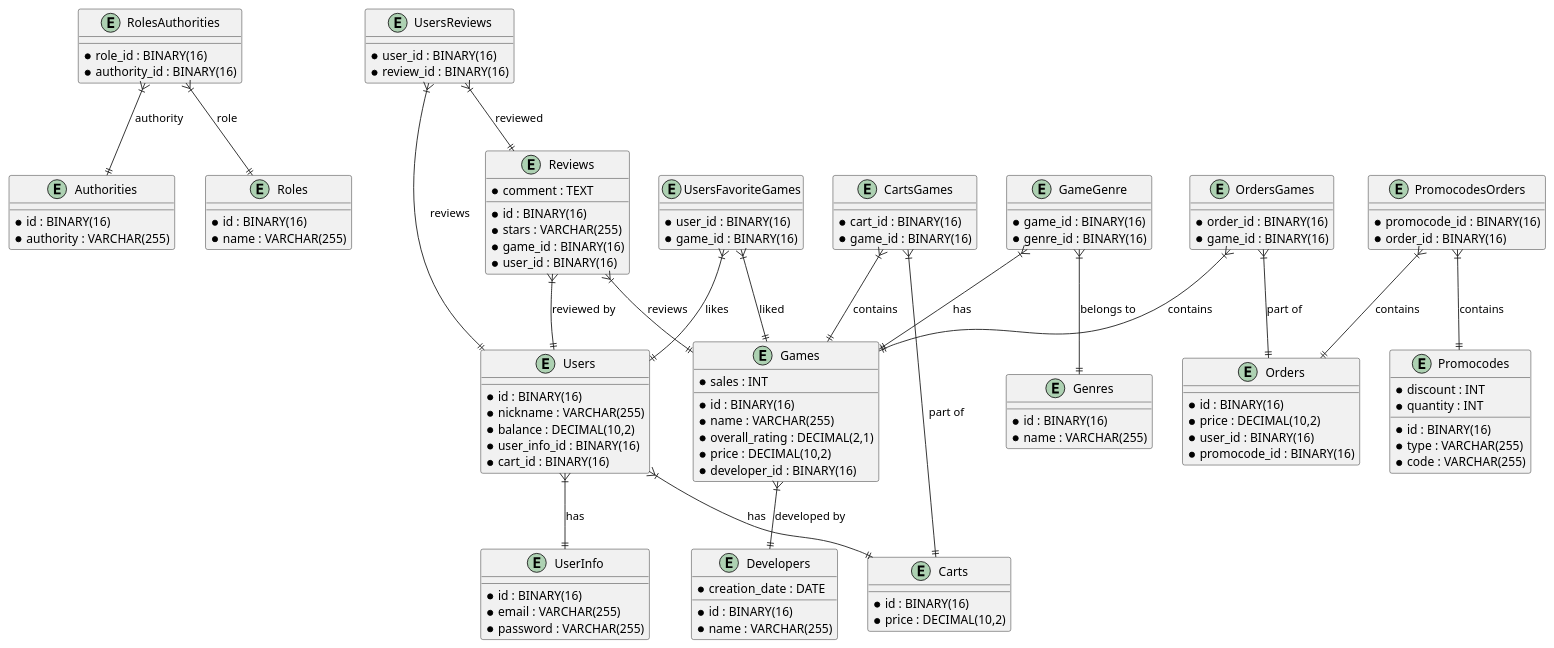
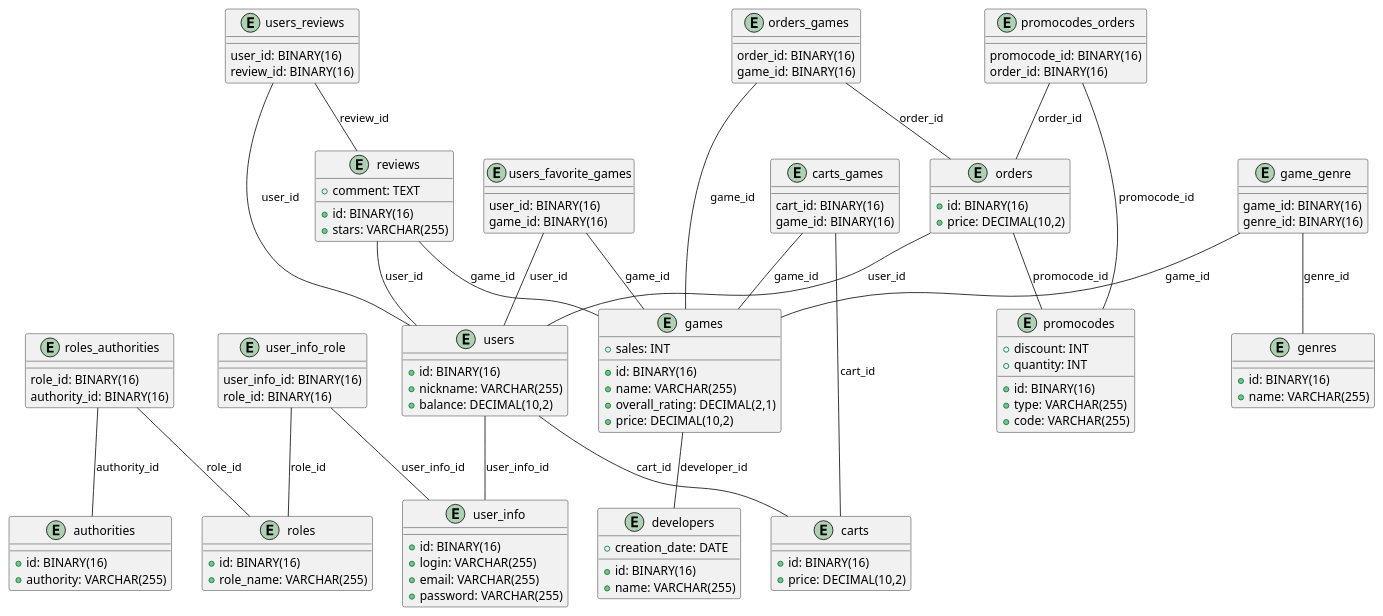
The diagram in entity.puml (klauZzzer/GameMarket_Project), drawn with PlantUML before and after one commit. The commit also changed 39 other files, not shown here.

```diff
--- a/entity.puml
+++ b/entity.puml
@@ -1,130 +1,135 @@
 @startuml
 
-entity Authorities {
-    * id : BINARY(16)
-    * authority : VARCHAR(255)
+entity authorities {
+  + id: BINARY(16)
+  + authority: VARCHAR(255)
 }
 
-entity Carts {
-    * id : BINARY(16)
-    * price : DECIMAL(10,2)
+entity carts {
+  + id: BINARY(16)
+  + price: DECIMAL(10,2)
 }
 
-entity Developers {
-    * id : BINARY(16)
-    * name : VARCHAR(255)
-    * creation_date : DATE
+entity developers {
+  + id: BINARY(16)
+  + name: VARCHAR(255)
+  + creation_date: DATE
 }
 
-entity Games {
-    * id : BINARY(16)
-    * name : VARCHAR(255)
-    * overall_rating : DECIMAL(2,1)
-    * price : DECIMAL(10,2)
-    * sales : INT
-    * developer_id : BINARY(16)
+entity games {
+  + id: BINARY(16)
+  + name: VARCHAR(255)
+  + overall_rating: DECIMAL(2,1)
+  + price: DECIMAL(10,2)
+  + sales: INT
 }
 
-entity Promocodes {
-    * id : BINARY(16)
-    * type : VARCHAR(255)
-    * code : VARCHAR(255)
-    * discount : INT
-    * quantity : INT
+entity promocodes {
+  + id: BINARY(16)
+  + type: VARCHAR(255)
+  + code: VARCHAR(255)
+  + discount: INT
+  + quantity: INT
 }
 
-entity Roles {
-    * id : BINARY(16)
-    * name : VARCHAR(255)
+entity roles {
+  + id: BINARY(16)
+  + role_name: VARCHAR(255)
 }
 
-entity UserInfo {
-    * id : BINARY(16)
-    * email : VARCHAR(255)
-    * password : VARCHAR(255)
+entity user_info {
+  + id: BINARY(16)
+  + login: VARCHAR(255)
+  + email: VARCHAR(255)
+  + password: VARCHAR(255)
 }
 
-entity Users {
-    * id : BINARY(16)
-    * nickname : VARCHAR(255)
-    * balance : DECIMAL(10,2)
-    * user_info_id : BINARY(16)
-    * cart_id : BINARY(16)
+entity users {
+  + id: BINARY(16)
+  + nickname: VARCHAR(255)
+  + balance: DECIMAL(10,2)
 }
 
-entity Reviews {
-    * id : BINARY(16)
-    * comment : TEXT
-    * stars : VARCHAR(255)
-    * game_id : BINARY(16)
-    * user_id : BINARY(16)
+entity reviews {
+  + id: BINARY(16)
+  + comment: TEXT
+  + stars: VARCHAR(255)
 }
 
-entity Orders {
-    * id : BINARY(16)
-    * price : DECIMAL(10,2)
-    * user_id : BINARY(16)
-    * promocode_id : BINARY(16)
+entity orders {
+  + id: BINARY(16)
+  + price: DECIMAL(10,2)
 }
 
-entity Genres {
-    * id : BINARY(16)
-    * name : VARCHAR(255)
+entity genres {
+  + id: BINARY(16)
+  + name: VARCHAR(255)
 }
 
-entity CartsGames {
-    * cart_id : BINARY(16)
-    * game_id : BINARY(16)
+entity user_info_role {
+  user_info_id: BINARY(16)
+  role_id: BINARY(16)
 }
 
-entity OrdersGames {
-    * order_id : BINARY(16)
-    * game_id : BINARY(16)
+entity carts_games {
+  cart_id: BINARY(16)
+  game_id: BINARY(16)
 }
 
-entity PromocodesOrders {
-    * promocode_id : BINARY(16)
-    * order_id : BINARY(16)
+entity orders_games {
+  order_id: BINARY(16)
+  game_id: BINARY(16)
 }
 
-entity RolesAuthorities {
-    * role_id : BINARY(16)
-    * authority_id : BINARY(16)
+entity promocodes_orders {
+  promocode_id: BINARY(16)
+  order_id: BINARY(16)
 }
 
-entity UsersFavoriteGames {
-    * user_id : BINARY(16)
-    * game_id : BINARY(16)
+entity roles_authorities {
+  role_id: BINARY(16)
+  authority_id: BINARY(16)
 }
 
-entity UsersReviews {
-    * user_id : BINARY(16)
-    * review_id : BINARY(16)
+entity users_favorite_games {
+  user_id: BINARY(16)
+  game_id: BINARY(16)
 }
 
-entity GameGenre {
-    * game_id : BINARY(16)
-    * genre_id : BINARY(16)
+entity users_reviews {
+  user_id: BINARY(16)
+  review_id: BINARY(16)
 }
 
-Users }|--|| UserInfo : has
-Users }|--|| Carts : has
-Reviews }|--|| Games : reviews
-Reviews }|--|| Users : reviewed by
-Games }|--|| Developers : developed by
-CartsGames }|--|| Carts : part of
-CartsGames }|--|| Games : contains
-OrdersGames }|--|| Orders : part of
-OrdersGames }|--|| Games : contains
-PromocodesOrders }|--|| Promocodes : contains
-PromocodesOrders }|--|| Orders : contains
-RolesAuthorities }|--|| Roles : role
-RolesAuthorities }|--|| Authorities : authority
-UsersFavoriteGames }|--|| Users : likes
-UsersFavoriteGames }|--|| Games : liked
-UsersReviews }|--|| Users : reviews
-UsersReviews }|--|| Reviews : reviewed
-GameGenre }|--|| Games : has
-GameGenre }|--|| Genres : belongs to
+entity game_genre {
+  game_id: BINARY(16)
+  genre_id: BINARY(16)
+}
+
+
+  users -- user_info : user_info_id
+  users -- carts : cart_id
+  reviews -- games : game_id
+  reviews -- users : user_id
+  orders -- users : user_id
+  orders -- promocodes : promocode_id
+  games -- developers : developer_id
+  user_info_role -- user_info : user_info_id
+  user_info_role -- roles : role_id
+  carts_games -- carts : cart_id
+  carts_games -- games : game_id
+  orders_games -- orders : order_id
+  orders_games -- games : game_id
+  promocodes_orders -- promocodes : promocode_id
+  promocodes_orders -- orders : order_id
+  roles_authorities -- roles : role_id
+  roles_authorities -- authorities : authority_id
+  users_favorite_games -- users : user_id
+  users_favorite_games -- games : game_id
+  users_reviews -- users : user_id
+  users_reviews -- reviews : review_id
+  game_genre -- games : game_id
+  game_genre -- genres : genre_id
+
 
 @enduml
```
